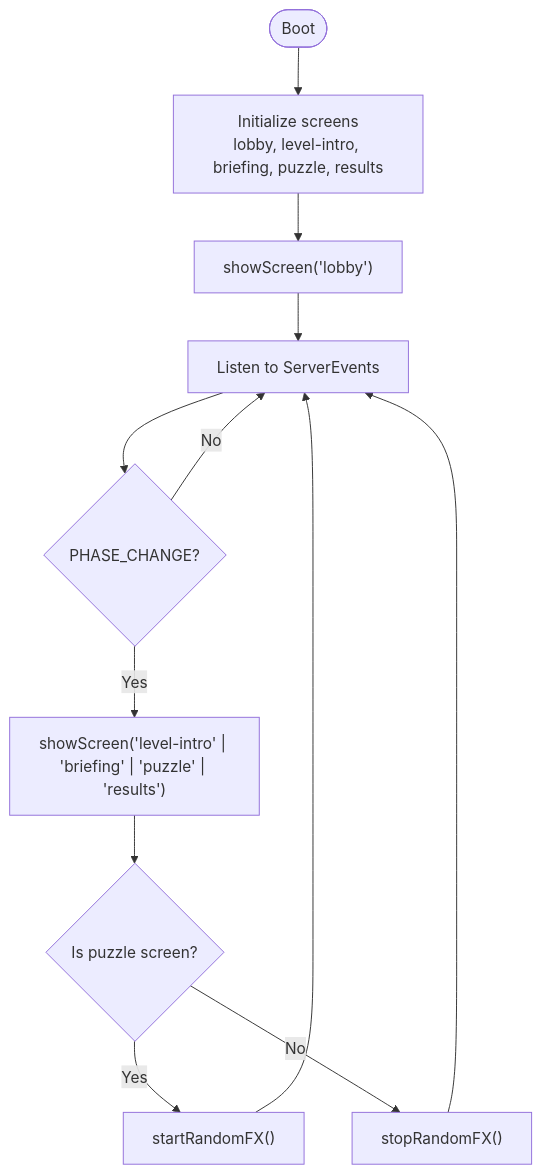
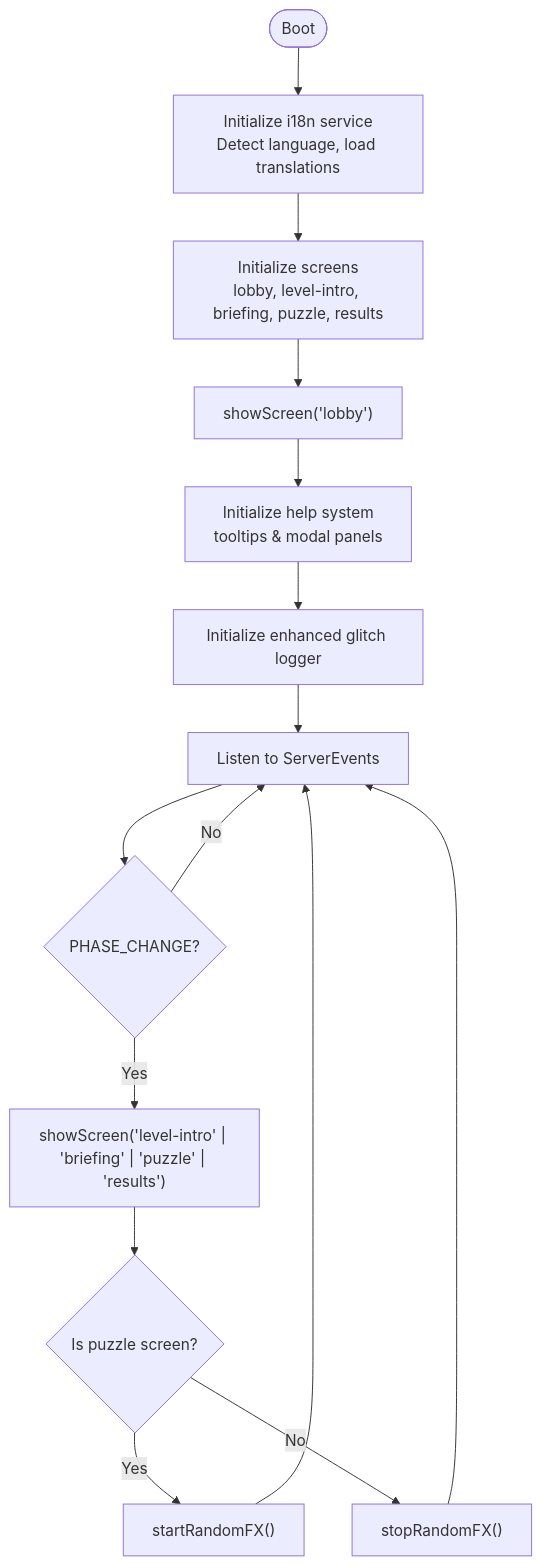
The third of 21 diagrams in .qoder/repowiki/en/content/Client Application/Client Application.md (dkoukoul/escape-room-mvp), drawn with Mermaid before and after one commit. The commit also changed other lines of this file and 21 other files, not shown here.

````diff
--- a/.qoder/repowiki/en/content/Client Application/Client Application.md
+++ b/.qoder/repowiki/en/content/Client Application/Client Application.md
@@ -171,14 +251,17 @@
 ```mermaid
 flowchart TD
-Start(["Boot"]) --> InitScreens["Initialize screens<br/>lobby, level-intro, briefing, puzzle, results"]
+Start(["Boot"]) --> InitI18n["Initialize i18n service<br/>Detect language, load translations"]
+InitI18n --> InitScreens["Initialize screens<br/>lobby, level-intro, briefing, puzzle, results"]
 InitScreens --> ShowLobby["showScreen('lobby')"]
-ShowLobby --> ListenEvents["Listen to ServerEvents"]
+ShowLobby --> InitHelpSystem["Initialize help system<br/>tooltips & modal panels"]
+InitHelpSystem --> InitGlitchLogger["Initialize enhanced glitch logger"]
+InitGlitchLogger --> ListenEvents["Listen to ServerEvents"]
 ListenEvents --> PhaseChange{"PHASE_CHANGE?"}
 PhaseChange --> |Yes| Transition["showScreen('level-intro' | 'briefing' | 'puzzle' | 'results')"]
 Transition --> FXCheck{"Is puzzle screen?"}
 FXCheck --> |Yes| StartFX["startRandomFX()"]
 FXCheck --> |No| StopFX["stopRandomFX()"]
 PhaseChange --> |No| ListenEvents
 StartFX --> ListenEvents
 StopFX --> ListenEvents
 ```
````
